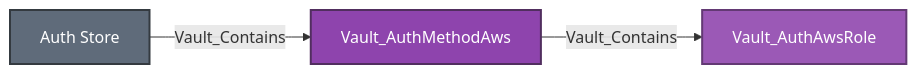
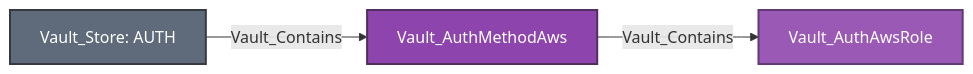
The eighth of 28 diagrams in Documentation/stores/AUTH.md (bytewreck/opengraph-vault), drawn with Mermaid before and after one commit. The commit also changed other lines of this file, not shown here.

````diff
--- a/Documentation/stores/AUTH.md
+++ b/Documentation/stores/AUTH.md
@@ -345,9 +345,9 @@
 ```mermaid
 flowchart LR
-    store[Auth Store]:::storeNode -->|Vault_Contains| method[Vault_AuthMethodAws]:::authMethodNode
+    store[Vault_Store: AUTH]:::storeNode -->|Vault_Contains| method[Vault_AuthMethodAws]:::authMethodNode
     method -->|Vault_Contains| role[Vault_AuthAwsRole]:::authRoleNode
 
     classDef storeNode fill:#5F6B7A,color:#fff,stroke:#343A40,stroke-width:2px
     classDef authMethodNode fill:#8E44AD,color:#fff,stroke:#512E5F,stroke-width:2px
     classDef authRoleNode fill:#9B59B6,color:#fff,stroke:#633974,stroke-width:2px
 ```
````
